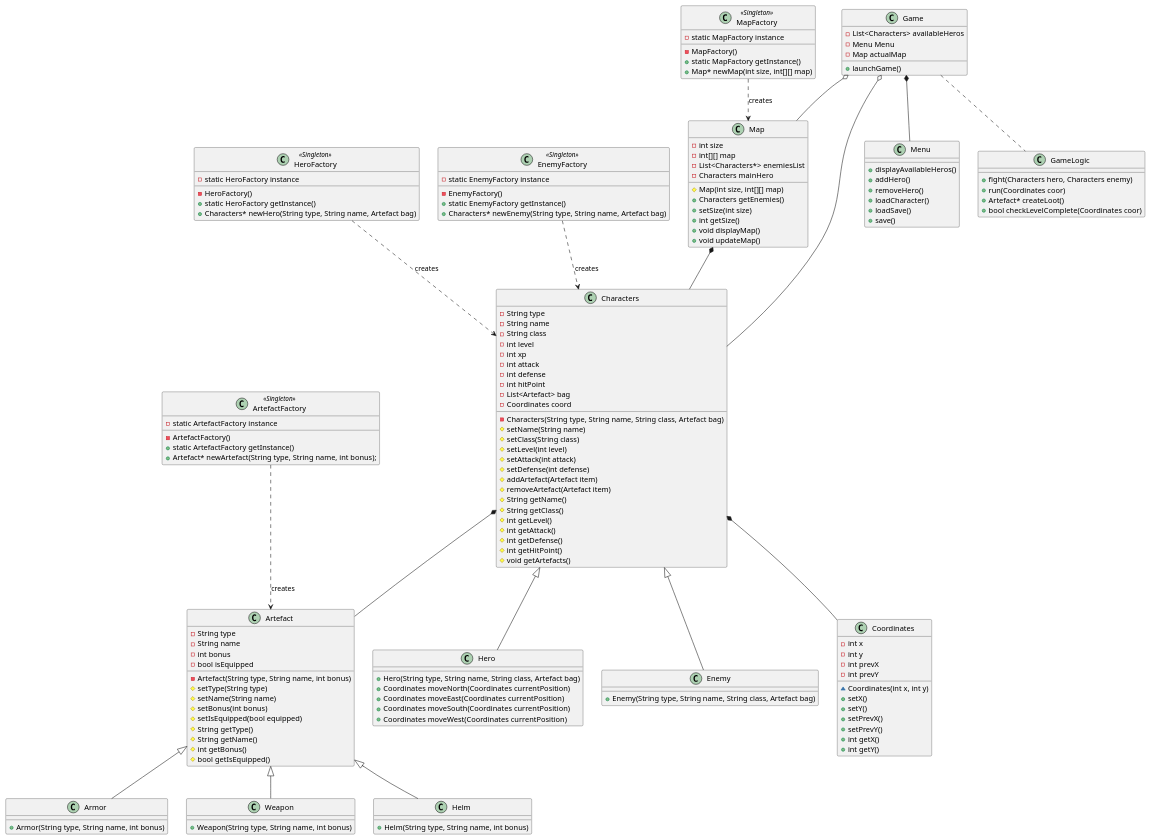
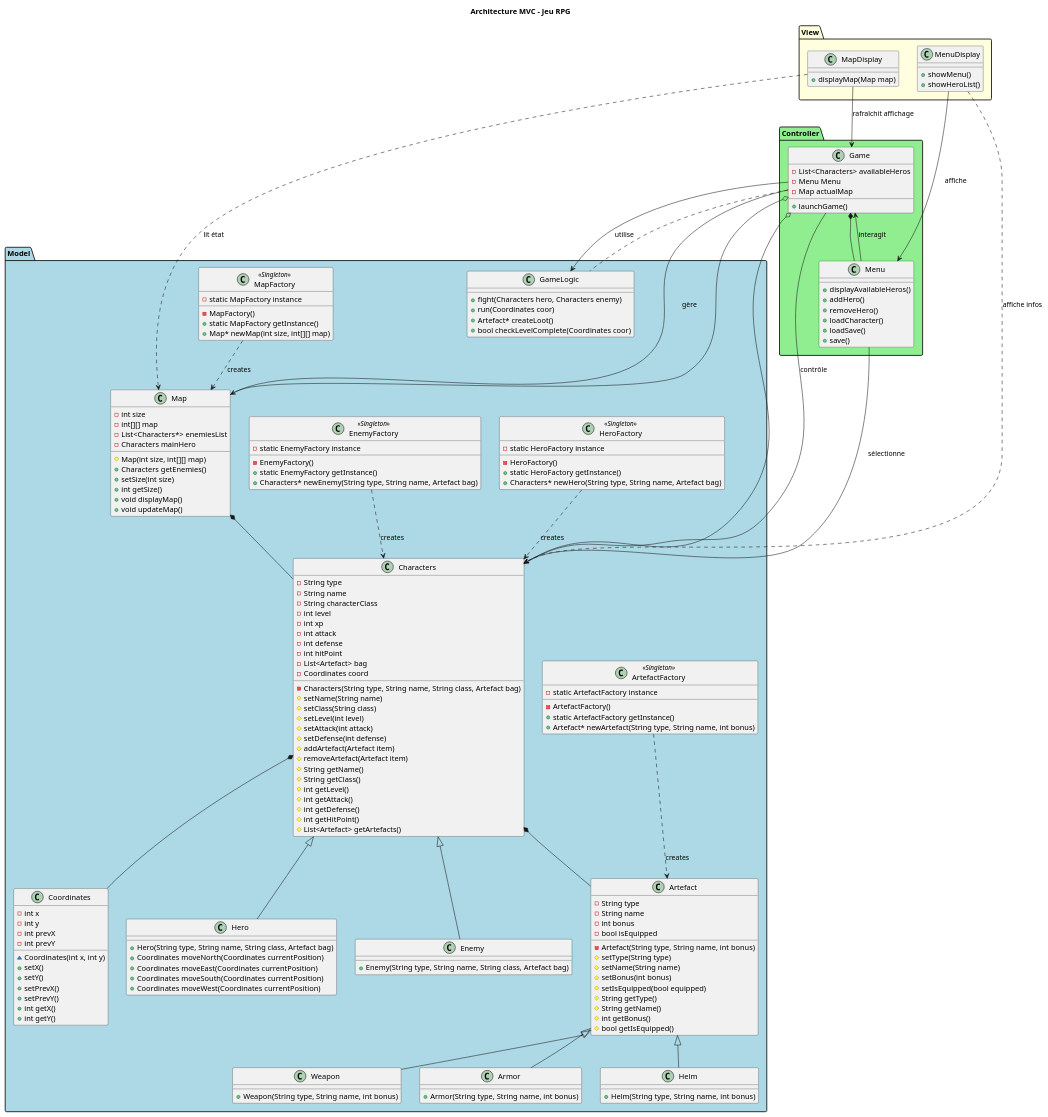
Before and after one commit to cypri1-dev/swingy: the diagram in swingy/diagrammUML.puml, drawn with PlantUML. The commit also changed 1 other file, not shown here.

Commit message:
[MODIF]: add MVC preset

```diff
--- a/swingy/diagrammUML.puml
+++ b/swingy/diagrammUML.puml
@@ -1,5 +1,176 @@
 @startuml
+title Architecture MVC - Jeu RPG
 
+' =======================
+'   COUCHES DU SYSTÈME
+' =======================
+
+package "Model" #LightBlue {
+  class Characters {
+    -String type
+    -String name
+    -String characterClass
+    -int level
+    -int xp
+    -int attack
+    -int defense
+    -int hitPoint
+    -List<Artefact> bag
+    -Coordinates coord
+    -Characters(String type, String name, String class, Artefact bag)
+    #setName(String name)
+    #setClass(String class)
+    #setLevel(int level)
+    #setAttack(int attack)
+    #setDefense(int defense)
+    #addArtefact(Artefact item)
+    #removeArtefact(Artefact item)
+    #String getName()
+    #String getClass()
+    #int getLevel()
+    #int getAttack()
+    #int getDefense()
+    #int getHitPoint()
+    #List<Artefact> getArtefacts()
+  }
+
+  class Hero {
+    +Hero(String type, String name, String class, Artefact bag)
+    +Coordinates moveNorth(Coordinates currentPosition)
+    +Coordinates moveEast(Coordinates currentPosition)
+    +Coordinates moveSouth(Coordinates currentPosition)
+    +Coordinates moveWest(Coordinates currentPosition)
+  }
+
+  class Enemy {
+    +Enemy(String type, String name, String class, Artefact bag)
+  }
+
+  class Artefact {
+    -String type
+    -String name
+    -int bonus
+    -bool isEquipped
+    -Artefact(String type, String name, int bonus)
+    #setType(String type)
+    #setName(String name)
+    #setBonus(int bonus)
+    #setIsEquipped(bool equipped)
+    #String getType()
+    #String getName()
+    #int getBonus()
+    #bool getIsEquipped()
+  }
+
+  class Weapon {
+    +Weapon(String type, String name, int bonus)
+  }
+
+  class Armor {
+    +Armor(String type, String name, int bonus)
+  }
+
+  class Helm {
+    +Helm(String type, String name, int bonus)
+  }
+
+  class Coordinates {
+    -int x
+    -int y
+    -int prevX
+    -int prevY
+    ~Coordinates(int x, int y)
+    +setX()
+    +setY()
+    +setPrevX()
+    +setPrevY()
+    +int getX()
+    +int getY()
+  }
+
+  class Map {
+    -int size
+    -int[][] map
+    -List<Characters*> enemiesList
+    -Characters mainHero
+    #Map(int size, int[][] map)
+    +Characters getEnemies()
+    +setSize(int size)
+    +int getSize()
+    +void displayMap()
+    +void updateMap()
+  }
+
+  class GameLogic {
+    +fight(Characters hero, Characters enemy)
+    +run(Coordinates coor)
+    +Artefact* createLoot()
+    +bool checkLevelComplete(Coordinates coor)
+  }
+
+  class HeroFactory <<Singleton>> {
+    -static HeroFactory instance
+    -HeroFactory()
+    +static HeroFactory getInstance()
+    +Characters* newHero(String type, String name, Artefact bag)
+  }
+
+  class EnemyFactory <<Singleton>> {
+    -static EnemyFactory instance
+    -EnemyFactory()
+    +static EnemyFactory getInstance()
+    +Characters* newEnemy(String type, String name, Artefact bag)
+  }
+
+  class ArtefactFactory <<Singleton>> {
+    -static ArtefactFactory instance
+    -ArtefactFactory()
+    +static ArtefactFactory getInstance()
+    +Artefact* newArtefact(String type, String name, int bonus)
+  }
+
+  class MapFactory <<Singleton>> {
+    -static MapFactory instance
+    -MapFactory()
+    +static MapFactory getInstance()
+    +Map* newMap(int size, int[][] map)
+  }
+}
+
+package "Controller" #LightGreen {
+  class Game {
+    -List<Characters> availableHeros
+    -Menu Menu
+    -Map actualMap
+    +launchGame()
+  }
+
+  class Menu {
+    +displayAvailableHeros()
+    +addHero()
+    +removeHero()
+    +loadCharacter()
+    +loadSave()
+    +save()
+  }
+}
+
+package "View" #LightYellow {
+  class MapDisplay {
+    +displayMap(Map map)
+  }
+
+  class MenuDisplay {
+    +showMenu()
+    +showHeroList()
+  }
+}
+
+' =======================
+'   RELATIONS
+' =======================
+
+' --- Modèle interne ---
 Characters <|-- Hero
 Characters <|-- Enemy
 Artefact <|-- Armor
@@ -17,150 +188,19 @@
 Game *-- Menu
 Game .. GameLogic
 
-class HeroFactory <<Singleton>> {
-  -static HeroFactory instance
-  -HeroFactory()
-  +static HeroFactory getInstance()
-  +Characters* newHero(String type, String name, Artefact bag)
-}
+' --- Vue <-> Contrôleur ---
+MenuDisplay --> Menu : affiche
+MapDisplay --> Game : rafraîchit affichage
 
-class EnemyFactory <<Singleton>> {
-  -static EnemyFactory instance
-  -EnemyFactory()
-  +static EnemyFactory getInstance()
-  +Characters* newEnemy(String type, String name, Artefact bag)
-}
+' --- Vue <-> Modèle (lecture seule) ---
+MapDisplay ..> Map : lit état
+MenuDisplay ..> Characters : affiche infos
 
-class ArtefactFactory <<Singleton>> {
-  -static ArtefactFactory instance
-  -ArtefactFactory()
-  +static ArtefactFactory getInstance()
-  +Artefact* newArtefact(String type, String name, int bonus);
-}
-
-class MapFactory <<Singleton>> {
-  -static MapFactory instance
-  -MapFactory()
-  +static MapFactory getInstance()
-  +Map* newMap(int size, int[][] map)
-}
-
-class Artefact {
-  -String type
-  -String name
-  -int bonus
-  -bool isEquipped
-  -Artefact(String type, String name, int bonus)
-  #setType(String type)
-  #setName(String name)
-  #setBonus(int bonus)
-  #setIsEquipped(bool equipped)
-  #String getType()
-  #String getName()
-  #int getBonus()
-  #bool getIsEquipped()
-}
-
-class Weapon {
-  +Weapon(String type, String name, int bonus)
-}
-
-class Armor {
-  +Armor(String type, String name, int bonus)
-}
-
-class Helm {
-  +Helm(String type, String name, int bonus)
-}
-
-class Coordinates {
-  -int x
-  -int y
-  -int prevX
-  -int prevY
-  ~Coordinates(int x, int y)
-  +setX()
-  +setY()
-  +setPrevX()
-  +setPrevY()
-  +int getX()
-  +int getY()
-}
-
-class Characters {
-  -String type
-  -String name
-  -String class
-  -int level
-  -int xp
-  -int attack
-  -int defense
-  -int hitPoint
-  -List<Artefact> bag
-  -Coordinates coord
-  -Characters(String type, String name, String class, Artefact bag)
-  #setName(String name)
-  #setClass(String class)
-  #setLevel(int level)
-  #setAttack(int attack)
-  #setDefense(int defense)
-  #addArtefact(Artefact item)
-  #removeArtefact(Artefact item)
-  #String getName()
-  #String getClass()
-  #int getLevel()
-  #int getAttack()
-  #int getDefense()
-  #int getHitPoint()
-  #void getArtefacts()
-}
-
-class Hero {
-  +Hero(String type, String name, String class, Artefact bag)
-  +Coordinates moveNorth(Coordinates currentPosition)
-  +Coordinates moveEast(Coordinates currentPosition)
-  +Coordinates moveSouth(Coordinates currentPosition)
-  +Coordinates moveWest(Coordinates currentPosition)
-}
-
-class Enemy {
-  +Enemy(String type, String name, String class, Artefact bag)
-}
-
-class Map {
-  -int size
-  -int[][] map
-  -List<Characters*> enemiesList
-  -Characters mainHero
-  #Map(int size, int[][] map)
-  +Characters getEnemies()
-  +setSize(int size)
-  +int getSize()
-  +void displayMap()
-  +void updateMap()
-}
-
-class Game {
-  -List<Characters> availableHeros
-  -Menu Menu
-  -Map actualMap
-  +launchGame()
-}
-
-class Menu {
-  +displayAvailableHeros()
-  +addHero()
-  +removeHero()
-  +loadCharacter()
-  +loadSave()
-  +save()
-}
-
-class GameLogic {
-  +fight(Characters hero, Characters enemy)
-  +run(Coordinates coor)
-  +Artefact* createLoot()
-  +bool checkLevelComplete(Coordinates coor)
-}
+' --- Contrôleur <-> Modèle ---
+Game --> GameLogic : utilise
+Game --> Map : gère
+Game --> Characters : contrôle
+Menu --> Game : interagit
+Menu --> Characters : sélectionne
 
 @enduml
```
